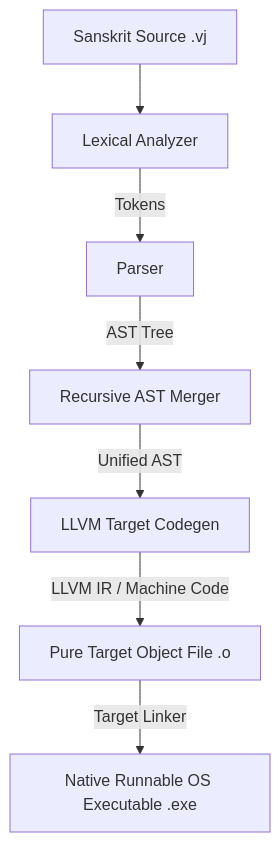
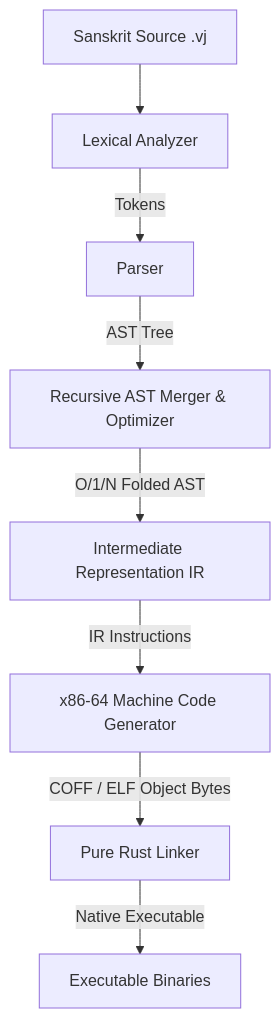
The diagram in README.md (vikukumar/vajra), drawn with Mermaid before and after one commit. The commit also changed other lines of this file and 2 other files, not shown here.

Commit message:
feat: transition to self-hosted compiler architecture with custom IR and x86-64 backend while adding benchmark documentation and lexer implementation.

````diff
--- a/README.md
+++ b/README.md
@@ -151,9 +78,10 @@
 ```mermaid
 graph TD
     A[Sanskrit Source .vj] --> B[Lexical Analyzer]
     B -->|Tokens| C[Parser]
-    C -->|AST Tree| D[Recursive AST Merger]
-    D -->|Unified AST| E[LLVM Target Codegen]
-    E -->|LLVM IR / Machine Code| F[Pure Target Object File .o]
-    F -->|Target Linker| G[Native Runnable OS Executable .exe]
+    C -->|AST Tree| D[Recursive AST Merger & Optimizer]
+    D -->|O/1/N Folded AST| E[Intermediate Representation IR]
+    E -->|IR Instructions| F[x86-64 Machine Code Generator]
+    F -->|COFF / ELF Object Bytes| G[Pure Rust Linker]
+    G -->|Native Executable| H[Executable Binaries]
 ```
````
